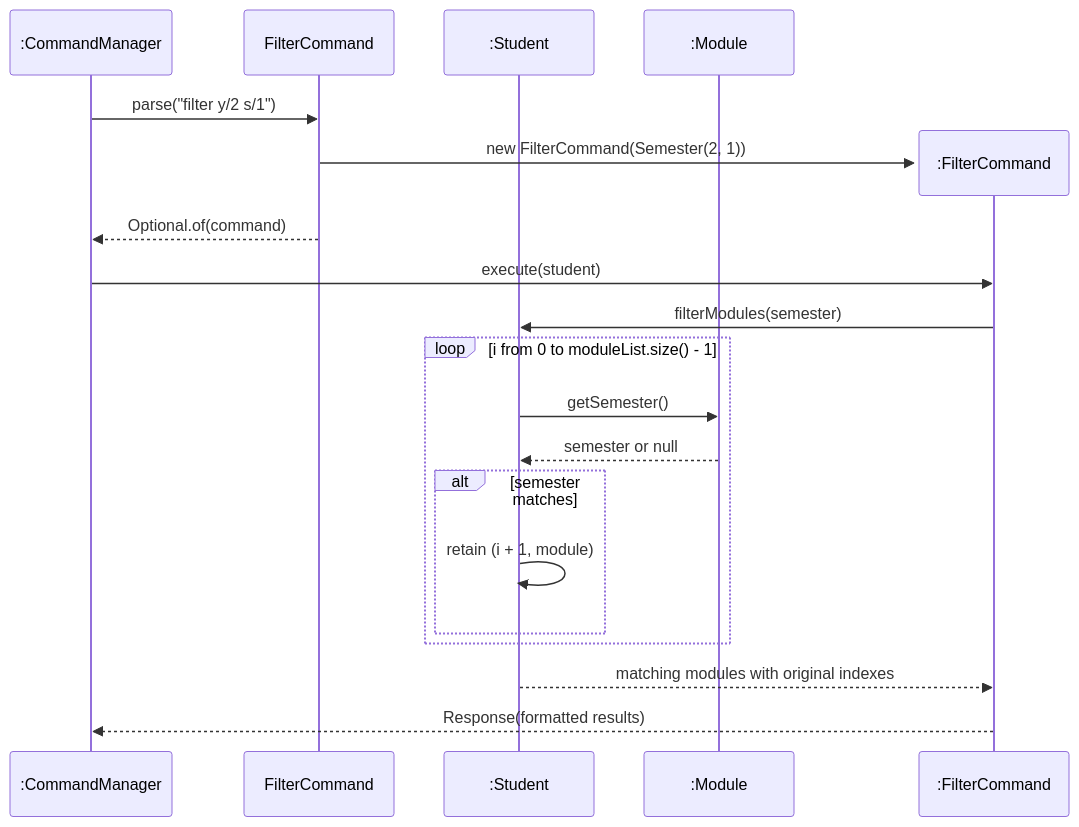
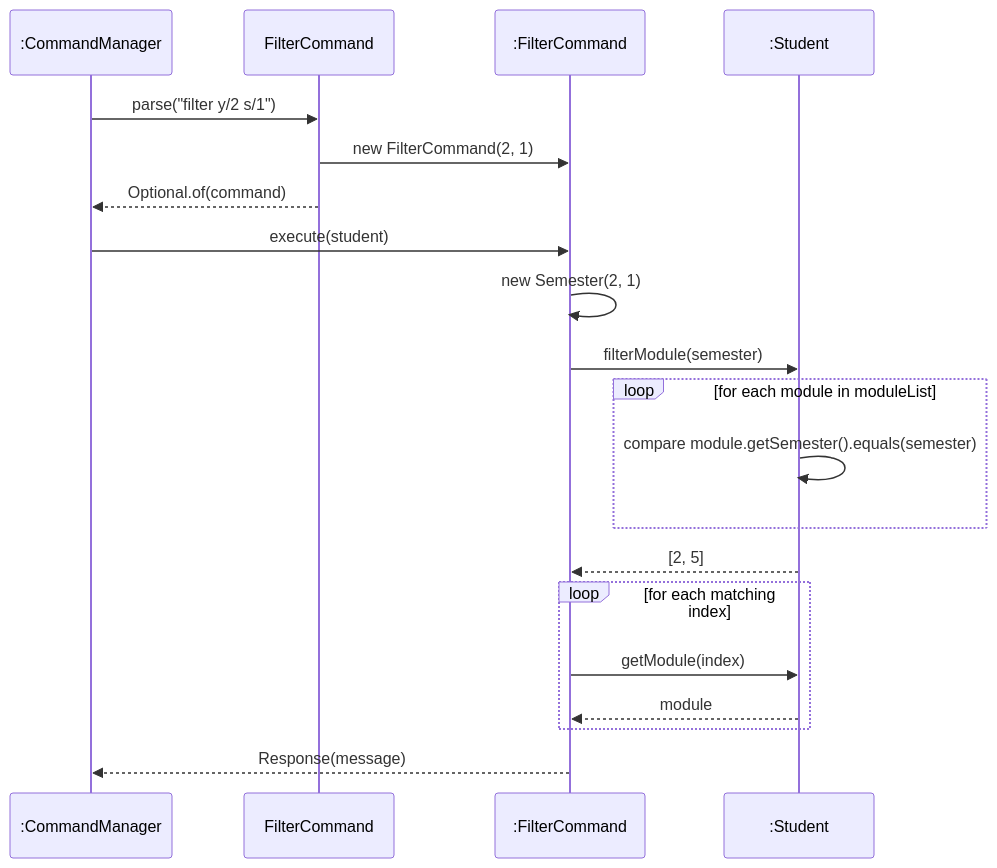
Before and after one commit to AY2627S1-CS2113-T11-2/tp: the sixth of 14 diagrams in docs/DeveloperGuide.md, drawn with Mermaid. The commit also changed other lines of this file, not shown here.

Commit message:
Add DG for filterModule

````diff
--- a/docs/DeveloperGuide.md
+++ b/docs/DeveloperGuide.md
@@ -361,24 +361,23 @@
 ```mermaid
 sequenceDiagram
   participant CM as :CommandManager
   participant FC as FilterCommand
+  participant F as :FilterCommand
   participant S as :Student
-  participant M as :Module
 
   CM->>FC: parse("filter y/2 s/1")
-  create participant F as :FilterCommand
-  FC->>F: new FilterCommand(Semester(2, 1))
+  FC->>F: new FilterCommand(2, 1)
   FC-->>CM: Optional.of(command)
-
   CM->>F: execute(student)
-  F->>S: filterModules(semester)
-  loop i from 0 to moduleList.size() - 1
-    S->>M: getSemester()
-    M-->>S: semester or null
-    alt semester matches
-      S->>S: retain (i + 1, module)
-    end
+  F->>F: new Semester(2, 1)
+  F->>S: filterModule(semester)
+  loop for each module in moduleList
+    S->>S: compare module.getSemester().equals(semester)
   end
-  S-->>F: matching modules with original indexes
-  F-->>CM: Response(formatted results)
+  S-->>F: [2, 5]
+  loop for each matching index
+    F->>S: getModule(index)
+    S-->>F: module
+  end
+  F-->>CM: Response(message)
 ```
````
